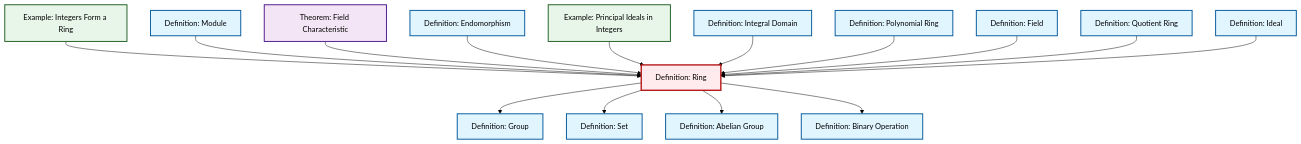
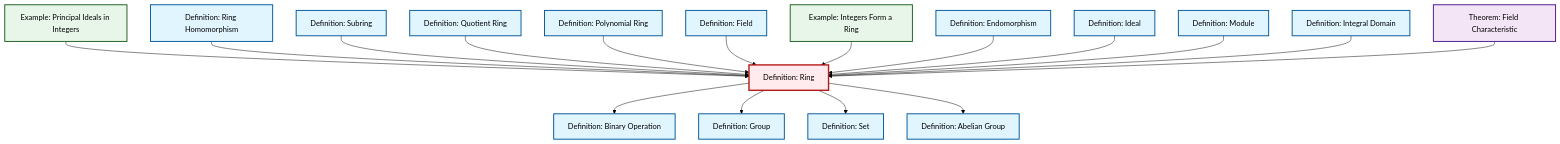
The diagram in content/ja/algebra/def-ring.qmd (RK0429/ModernMath), drawn with Mermaid (forest theme) before and after one commit. The commit also changed other lines of this file and 619 other files, not shown here.

````diff
--- a/content/ja/algebra/def-ring.qmd
+++ b/content/ja/algebra/def-ring.qmd
@@ -63,53 +63,59 @@
 ```{mermaid}
 %%| fig-cap: "Local dependency graph"
 graph TD
     classDef definition fill:#e1f5fe,stroke:#01579b,stroke-width:2px
     classDef theorem fill:#f3e5f5,stroke:#4a148c,stroke-width:2px
     classDef axiom fill:#fff3e0,stroke:#e65100,stroke-width:2px
     classDef example fill:#e8f5e9,stroke:#1b5e20,stroke-width:2px
     classDef current fill:#ffebee,stroke:#b71c1c,stroke-width:3px
+    def-binary-operation["Definition: Binary Operation"]:::definition
+    def-abelian-group["Definition: Abelian Group"]:::definition
     def-integral-domain["Definition: Integral Domain"]:::definition
-    thm-field-characteristic["Theorem: Field Characteristic"]:::theorem
-    def-polynomial-ring["Definition: Polynomial Ring"]:::definition
+    def-set["Definition: Set"]:::definition
+    def-group["Definition: Group"]:::definition
+    def-ring-homomorphism["Definition: Ring Homomorphism"]:::definition
+    ex-integers-ring["Example: Integers Form a Ring"]:::example
     def-ideal["Definition: Ideal"]:::definition
     def-module["Definition: Module"]:::definition
+    thm-field-characteristic["Theorem: Field Characteristic"]:::theorem
+    def-subring["Definition: Subring"]:::definition
     ex-principal-ideal["Example: Principal Ideals in Integers"]:::example
     def-quotient-ring["Definition: Quotient Ring"]:::definition
-    def-set["Definition: Set"]:::definition
+    def-polynomial-ring["Definition: Polynomial Ring"]:::definition
     def-endomorphism["Definition: Endomorphism"]:::definition
+    def-field["Definition: Field"]:::definition
     def-ring["Definition: Ring"]:::definition
-    def-field["Definition: Field"]:::definition
-    def-abelian-group["Definition: Abelian Group"]:::definition
-    ex-integers-ring["Example: Integers Form a Ring"]:::example
-    def-group["Definition: Group"]:::definition
-    def-binary-operation["Definition: Binary Operation"]:::definition
+    def-ring --> def-binary-operation
+    ex-principal-ideal --> def-ring
+    def-ring-homomorphism --> def-ring
+    def-subring --> def-ring
     def-ring --> def-group
+    def-quotient-ring --> def-ring
+    def-polynomial-ring --> def-ring
+    def-ring --> def-set
+    def-field --> def-ring
     ex-integers-ring --> def-ring
+    def-endomorphism --> def-ring
+    def-ideal --> def-ring
+    def-ring --> def-abelian-group
     def-module --> def-ring
-    def-ring --> def-set
+    def-integral-domain --> def-ring
     thm-field-characteristic --> def-ring
-    def-endomorphism --> def-ring
-    ex-principal-ideal --> def-ring
-    def-ring --> def-abelian-group
-    def-ring --> def-binary-operation
-    def-integral-domain --> def-ring
-    def-polynomial-ring --> def-ring
-    def-field --> def-ring
-    def-quotient-ring --> def-ring
-    def-ideal --> def-ring
     class def-ring current
+    click def-binary-operation "def-binary-operation.html" "Definition: Binary Operationへ"
+    click def-abelian-group "def-abelian-group.html" "Definition: Abelian Groupへ"
     click def-integral-domain "def-integral-domain.html" "Definition: Integral Domainへ"
-    click thm-field-characteristic "thm-field-characteristic.html" "Theorem: Field Characteristicへ"
-    click def-polynomial-ring "def-polynomial-ring.html" "Definition: Polynomial Ringへ"
+    click def-set "def-set.html" "Definition: Setへ"
+    click def-group "def-group.html" "Definition: Groupへ"
+    click def-ring-homomorphism "def-ring-homomorphism.html" "Definition: Ring Homomorphismへ"
+    click ex-integers-ring "ex-integers-ring.html" "Example: Integers Form a Ringへ"
     click def-ideal "def-ideal.html" "Definition: Idealへ"
     click def-module "def-module.html" "Definition: Moduleへ"
+    click thm-field-characteristic "thm-field-characteristic.html" "Theorem: Field Characteristicへ"
+    click def-subring "def-subring.html" "Definition: Subringへ"
     click ex-principal-ideal "ex-principal-ideal.html" "Example: Principal Ideals in Integersへ"
     click def-quotient-ring "def-quotient-ring.html" "Definition: Quotient Ringへ"
-    click def-set "def-set.html" "Definition: Setへ"
+    click def-polynomial-ring "def-polynomial-ring.html" "Definition: Polynomial Ringへ"
     click def-endomorphism "def-endomorphism.html" "Definition: Endomorphismへ"
     click def-field "def-field.html" "Definition: Fieldへ"
-    click def-abelian-group "def-abelian-group.html" "Definition: Abelian Groupへ"
-    click ex-integers-ring "ex-integers-ring.html" "Example: Integers Form a Ringへ"
-    click def-group "def-group.html" "Definition: Groupへ"
-    click def-binary-operation "def-binary-operation.html" "Definition: Binary Operationへ"
 ```
````
